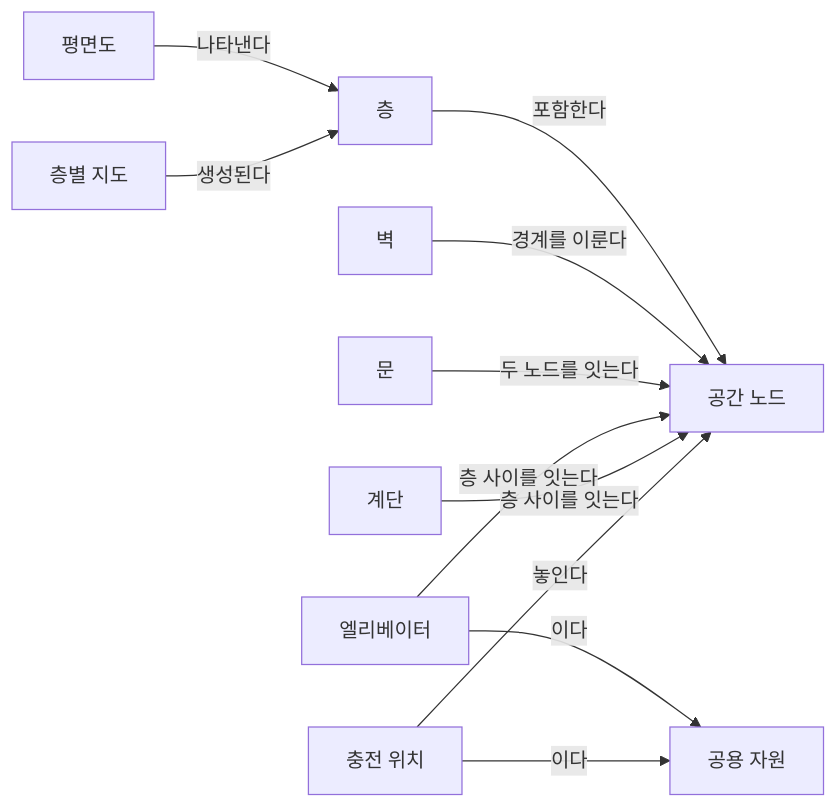
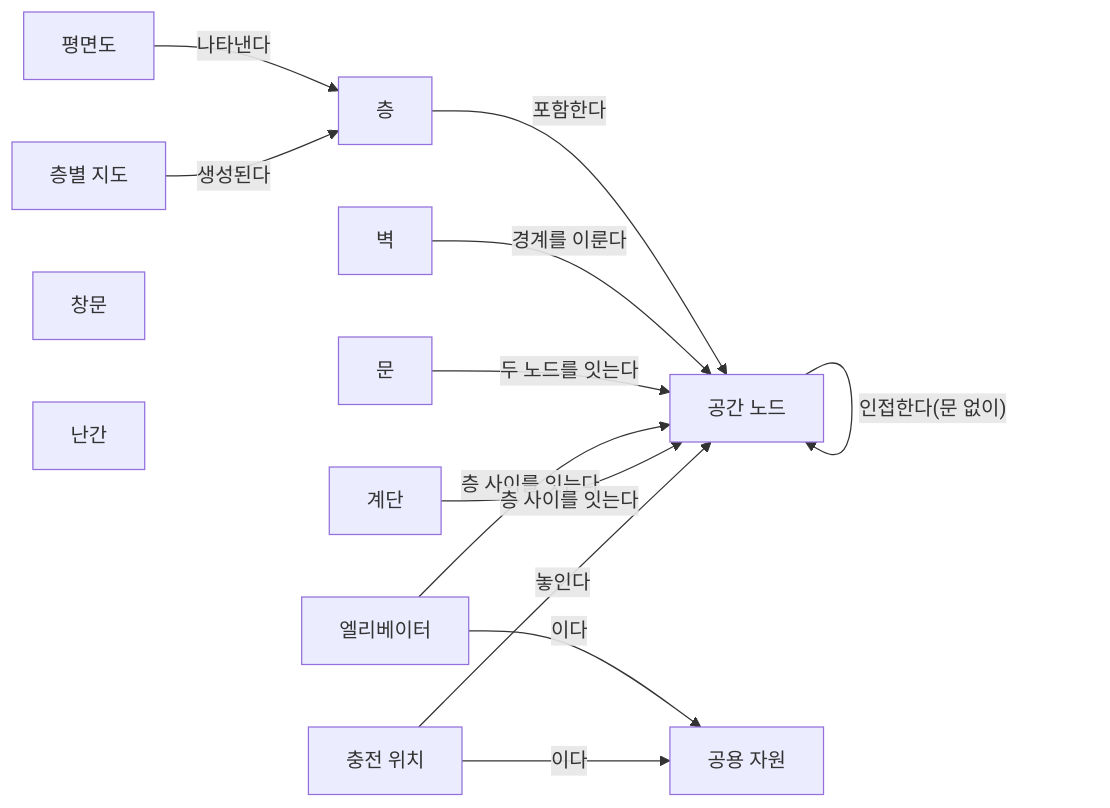
Before and after one commit to MJKIM84/ai-hub: the diagram in rop-wiki/docs/tracks/floorplan-recognition/space-graph-schema-draft.md, drawn with Mermaid. The commit also changed other lines of this file and 75 other files, not shown here.

````diff
--- a/rop-wiki/docs/tracks/floorplan-recognition/space-graph-schema-draft.md
+++ b/rop-wiki/docs/tracks/floorplan-recognition/space-graph-schema-draft.md
@@ -68,13 +73,16 @@
 ```mermaid
 flowchart LR
   plan["평면도"] -->|"나타낸다"| floor["층"]
   floor -->|"포함한다"| node["공간 노드"]
   wall["벽"] -->|"경계를 이룬다"| node
   door["문"] -->|"두 노드를 잇는다"| node
+  node -->|"인접한다(문 없이)"| node
   elev["엘리베이터"] -->|"층 사이를 잇는다"| node
   stairs["계단"] -->|"층 사이를 잇는다"| node
   charge["충전 위치"] -->|"놓인다"| node
   elev -->|"이다"| res["공용 자원"]
   charge -->|"이다"| res
   fmap["층별 지도"] -->|"생성된다"| floor
+  window["창문"]
+  railing["난간"]
 ```
````
